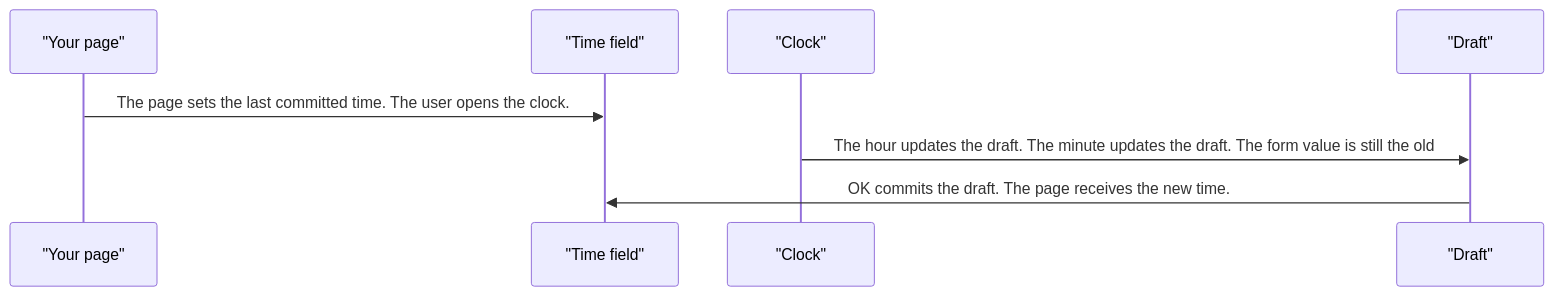
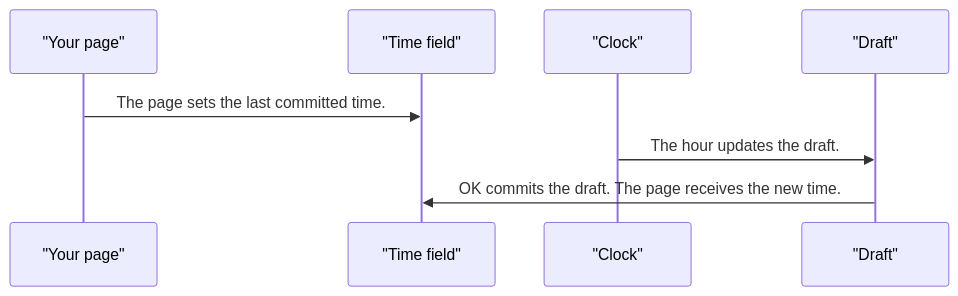
The second of 3 diagrams in projects/pixel-ui/src/lib/pixel-timepicker/DESIGN.md (RajshekharBorate/pixel-ui), drawn with Mermaid before and after one commit. The commit also changed other lines of this file and 80 other files, not shown here.

Commit message:
Fill missing design flows and correct the stories that did not match component behavior.

````diff
--- a/projects/pixel-ui/src/lib/pixel-timepicker/DESIGN.md
+++ b/projects/pixel-ui/src/lib/pixel-timepicker/DESIGN.md
@@ -48,10 +48,10 @@
 ```mermaid
 sequenceDiagram
   participant page as "Your page"
   participant field as "Time field"
   participant dial as "Clock"
   participant draft as "Draft"
-  page->>field: The page sets the last committed time. The user opens the clock.
-  dial->>draft: The hour updates the draft. The minute updates the draft. The form value is still the old 
+  page->>field: The page sets the last committed time.
+  dial->>draft: The hour updates the draft.
   draft->>field: OK commits the draft. The page receives the new time.
 ```
````
